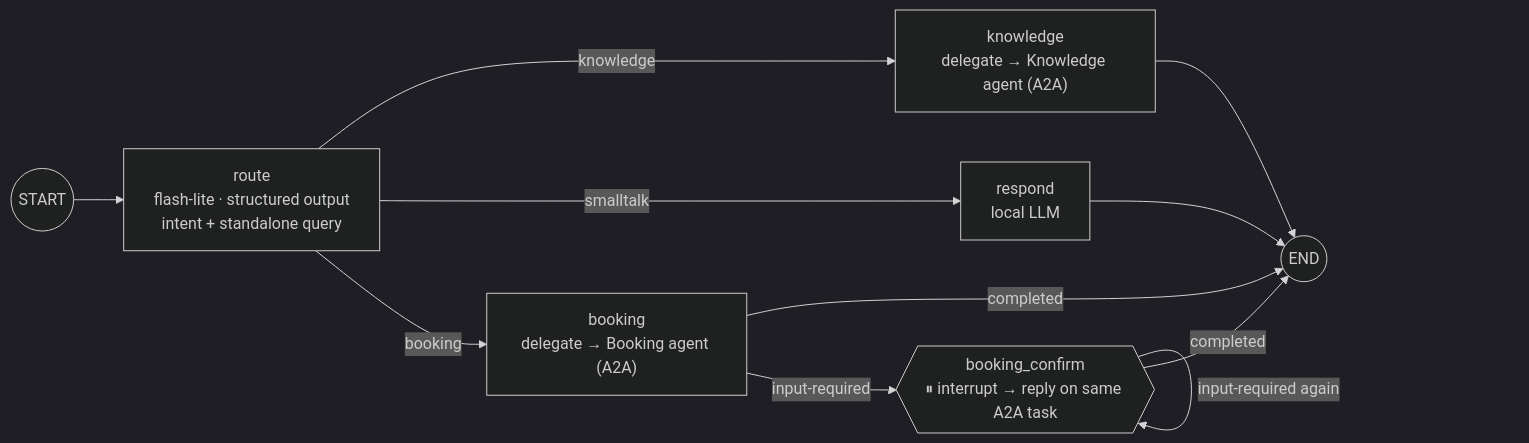
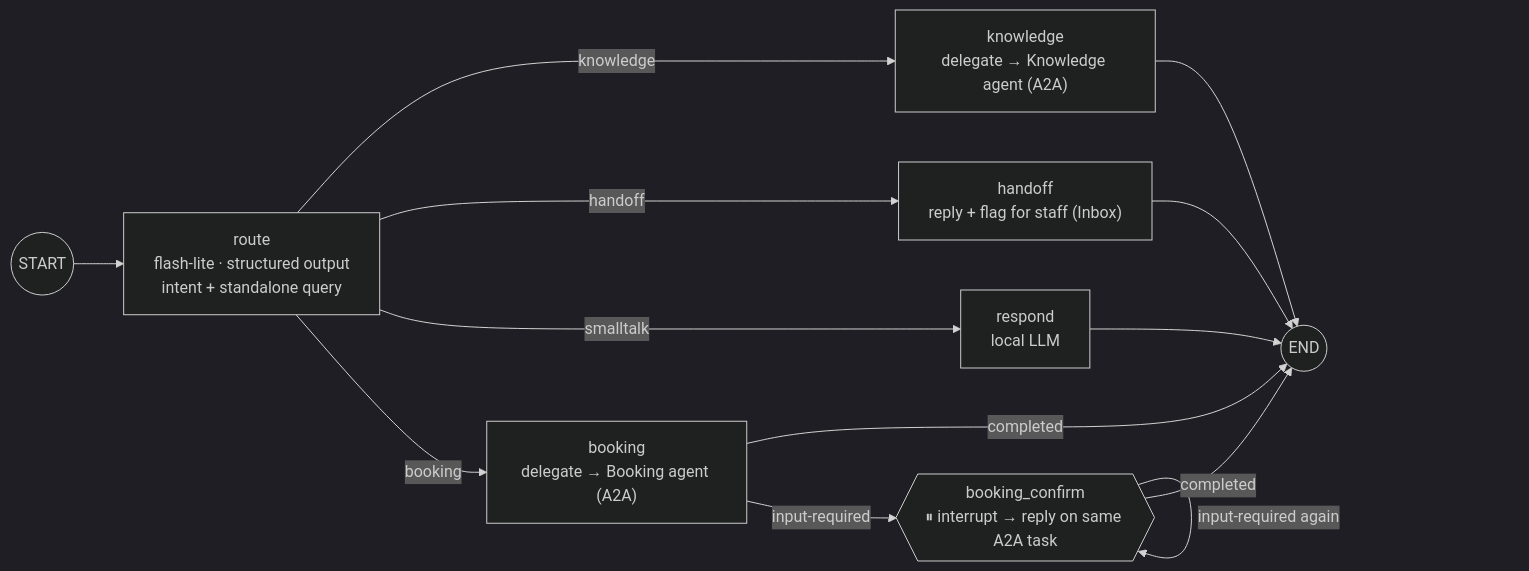
The fourth of 10 diagrams in docs/ARCHITECTURE.md (yash6388/voxdesk), drawn with Mermaid (dark theme) before and after one commit. The commit also changed other lines of this file and 36 other files, not shown here.

First line of the commit message:
feat: analytics dashboard, human handoff and inbox

````diff
--- a/docs/ARCHITECTURE.md
+++ b/docs/ARCHITECTURE.md
@@ -171,13 +174,15 @@
 ```mermaid
 flowchart LR
     S((START)) --> route["route<br/>flash-lite · structured output<br/>intent + standalone query"]
     route -- knowledge --> k["knowledge<br/>delegate → Knowledge agent (A2A)"]
     route -- smalltalk --> respond["respond<br/>local LLM"]
     route -- booking --> b["booking<br/>delegate → Booking agent (A2A)"]
+    route -- handoff --> h["handoff<br/>reply + flag for staff (Inbox)"]
     k --> E((END))
+    h --> E
     respond --> E
     b -- completed --> E
     b -- "input-required" --> c{{"booking_confirm<br/>⏸ interrupt → reply on same A2A task"}}
     c -- completed --> E
     c -- "input-required again" --> c
 ```
````
